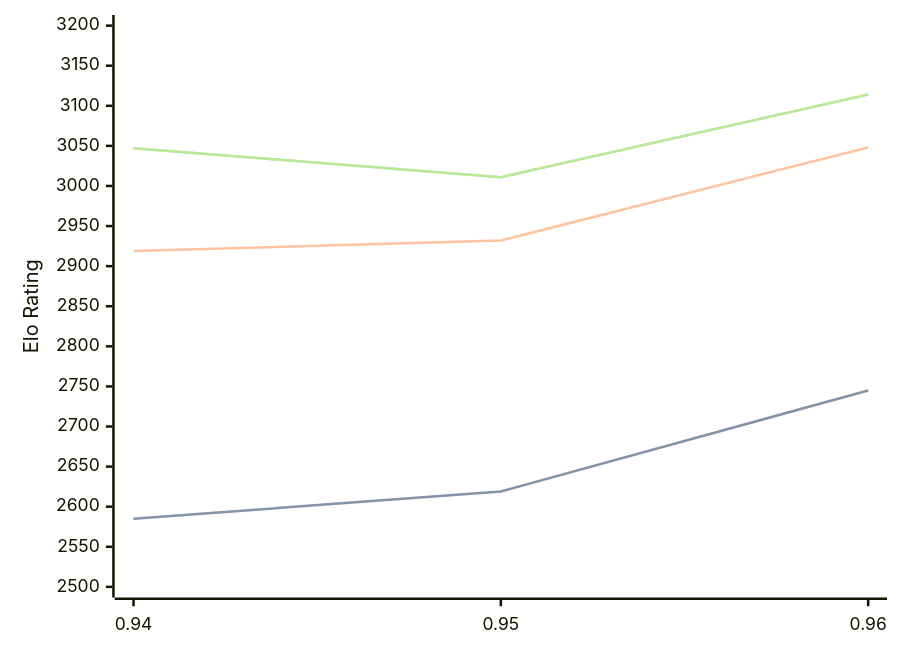
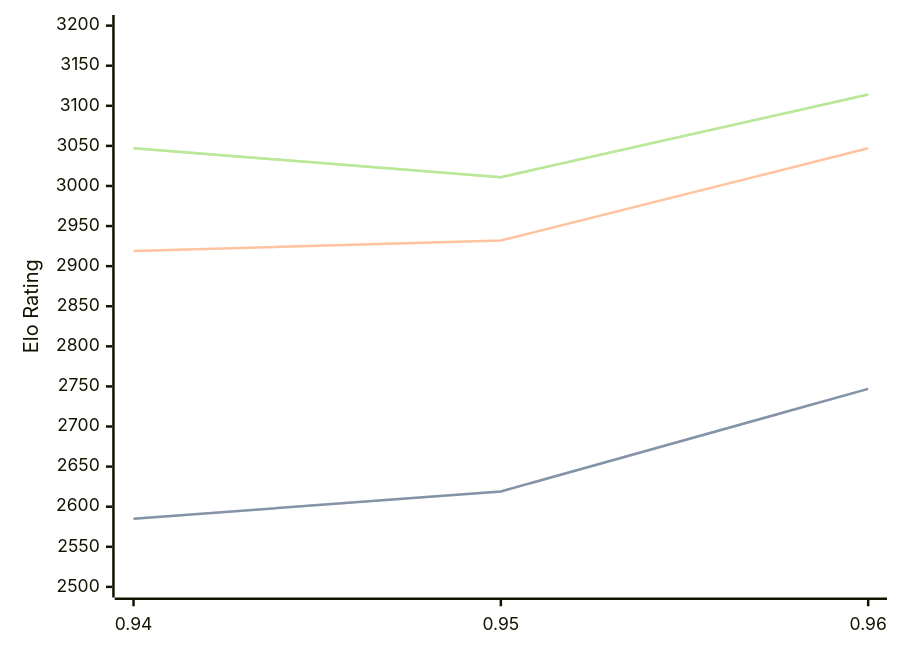
One commit to computer-chess-index/cci changed the first of 3 diagrams in engines/Myrddin.md. Above: the diagram before and after it, drawn with Mermaid. The commit also changed other lines of this file, not shown here.

````diff
--- a/engines/Myrddin.md
+++ b/engines/Myrddin.md
@@ -38,11 +38,11 @@
 ```mermaid
 %%{init: {"theme":"base","themeVariables":{"seriesColors:['#a3a3a3','#222221','#faa371']}}}%%
 xychart-beta
   x-axis ["0.94", "0.95", "0.96"]
   y-axis "Elo Rating" 2500 --> 3200
-  line "STC (8.0+0.08s)" [2585, 2619, 2745]
-  line "STC (8.0+0.08s)" [2585, 2619, 2745]
-  line "LTC (60.0+0.60s)" [2919, 2932, 3048]
+  line "STC (8.0+0.08s)" [2585, 2619, 2747]
+  line "STC (8.0+0.08s)" [2585, 2619, 2747]
+  line "LTC (60.0+0.60s)" [2919, 2932, 3047]
   line "VLTC (2m24s+1.12s)" [3047, 3011, 3114]
   line "VLTC (2m24s+1.12s)" [3047, 3011, 3114]
 ```
````
